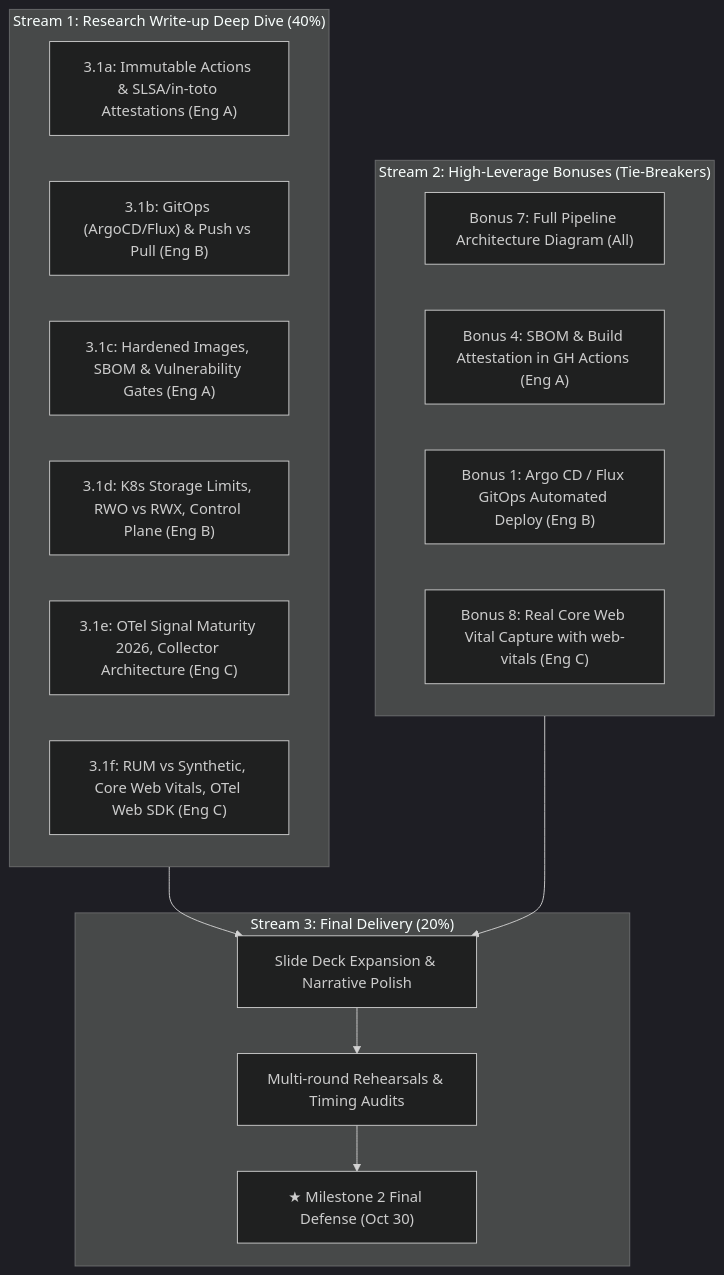
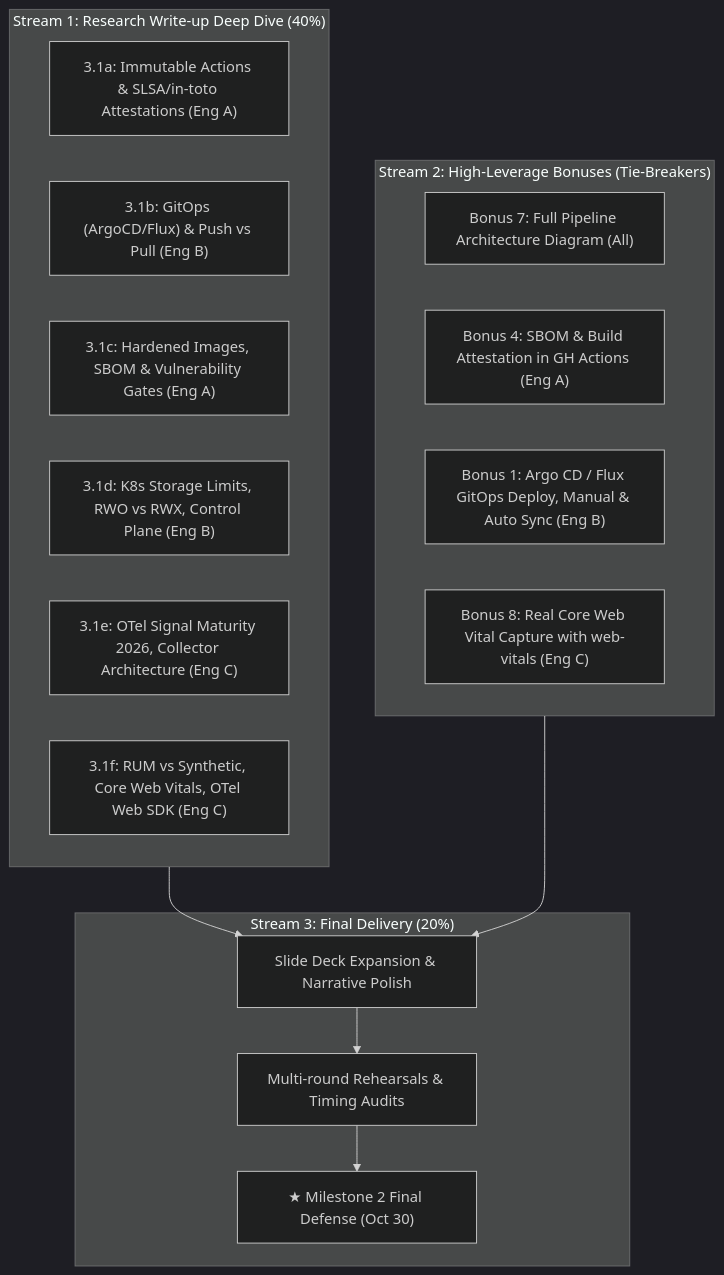
One commit to vantrangradion/devops-group-b-solo changed the third of 3 diagrams in PROJECT_PLAN.md. Above: the diagram before and after it, drawn with Mermaid (dark theme). The commit also changed other lines of this file, not shown here.

Commit message:
docs: fix bonus scope and cp2 timing in project plan

````diff
--- a/PROJECT_PLAN.md
+++ b/PROJECT_PLAN.md
@@ -326,28 +326,28 @@
 ```mermaid
 flowchart TD
     subgraph Stream1["Stream 1: Research Write-up Deep Dive (40%)"]
         W1["3.1a: Immutable Actions & SLSA/in-toto Attestations (Eng A)"]
         W2["3.1b: GitOps (ArgoCD/Flux) & Push vs Pull (Eng B)"]
         W3["3.1c: Hardened Images, SBOM & Vulnerability Gates (Eng A)"]
         W4["3.1d: K8s Storage Limits, RWO vs RWX, Control Plane (Eng B)"]
         W5["3.1e: OTel Signal Maturity 2026, Collector Architecture (Eng C)"]
         W6["3.1f: RUM vs Synthetic, Core Web Vitals, OTel Web SDK (Eng C)"]
     end
 
     subgraph Stream2["Stream 2: High-Leverage Bonuses (Tie-Breakers)"]
         B1["Bonus 7: Full Pipeline Architecture Diagram (All)"]
         B2["Bonus 4: SBOM & Build Attestation in GH Actions (Eng A)"]
-        B3["Bonus 1: Argo CD / Flux GitOps Automated Deploy (Eng B)"]
+        B3["Bonus 1: Argo CD / Flux GitOps Deploy, Manual & Auto Sync (Eng B)"]
         B4["Bonus 8: Real Core Web Vital Capture with web-vitals (Eng C)"]
     end
 
     subgraph Stream3["Stream 3: Final Delivery (20%)"]
         F1["Slide Deck Expansion & Narrative Polish"]
         F2["Multi-round Rehearsals & Timing Audits"]
         F3["★ Milestone 2 Final Defense (Oct 30)"]
     end
 
     Stream1 --> F1
     Stream2 --> F1
     F1 --> F2 --> F3
 ```
````
